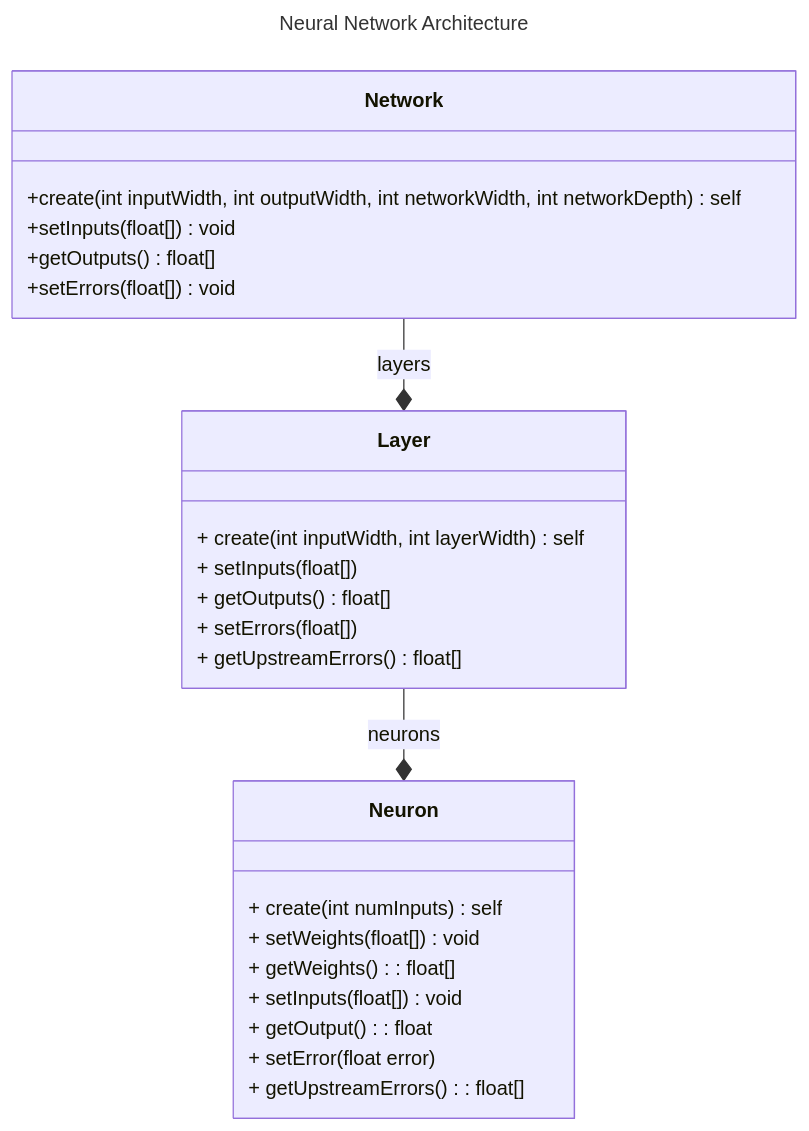
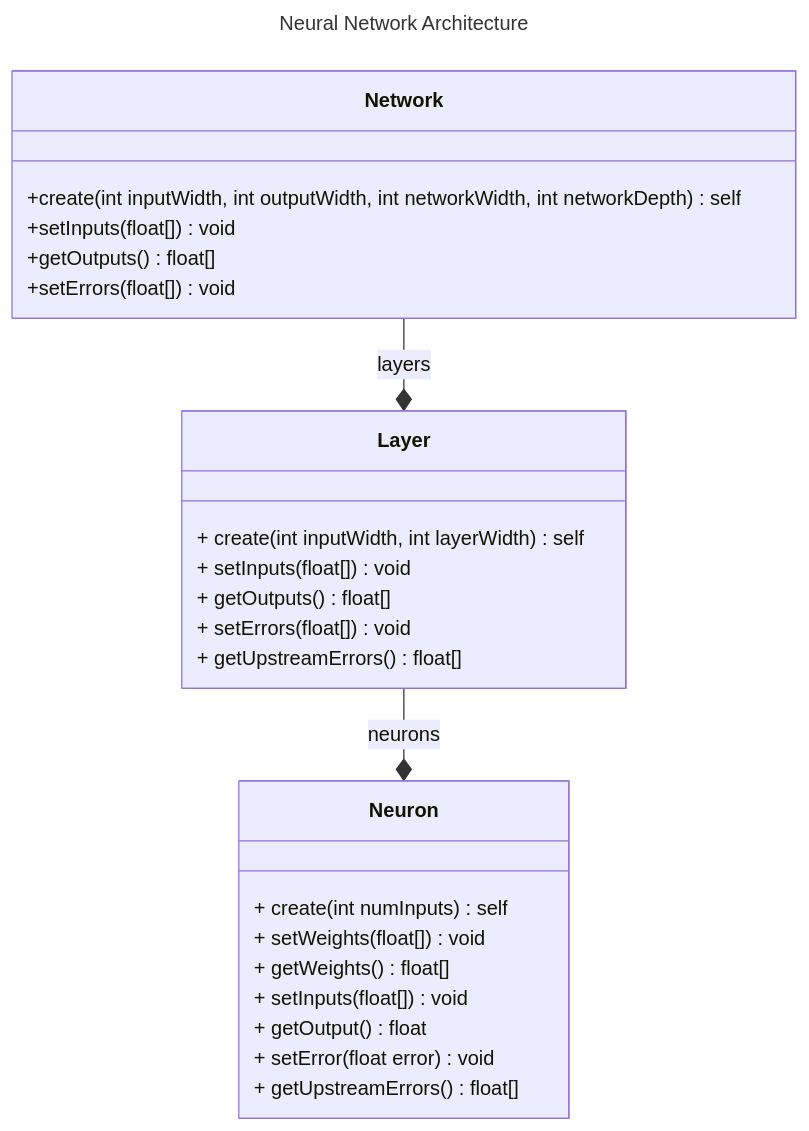
The diagram in Readme.md (mficzel/NeuralNetworkPlayground), drawn with Mermaid before and after one commit.

````diff
--- a/Readme.md
+++ b/Readme.md
@@ -1,39 +1,39 @@
 ```mermaid
 ---
 title: Neural Network Architecture
 ---
 classDiagram
 
   class Network {
      +create(int inputWidth, int outputWidth, int networkWidth, int networkDepth) self
 
      +setInputs(float[]) void
      +getOutputs() float[]
 
      +setErrors(float[]) void
   }
 
   class Layer {
      + create(int inputWidth, int layerWidth) self
 
-     + setInputs(float[])
+     + setInputs(float[]) void
      + getOutputs() float[]
      
-     + setErrors(float[])
+     + setErrors(float[]) void
      + getUpstreamErrors() float[]
   }
 
   class Neuron {
      + create(int numInputs) self
      + setWeights(float[]) void
-     + getWeights(): float[]
+     + getWeights() float[]
      + setInputs(float[]) void
-     + getOutput(): float
+     + getOutput() float
 
-     + setError(float error)
-     + getUpstreamErrors(): float[]
+     + setError(float error) void
+     + getUpstreamErrors() float[]
   }
 
   Network --* Layer : layers
   Layer --* Neuron : neurons
 ```
````
